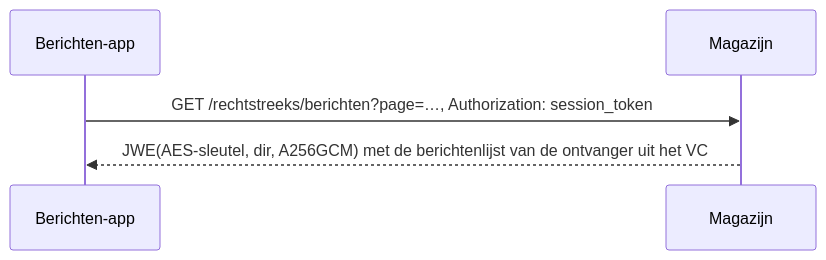
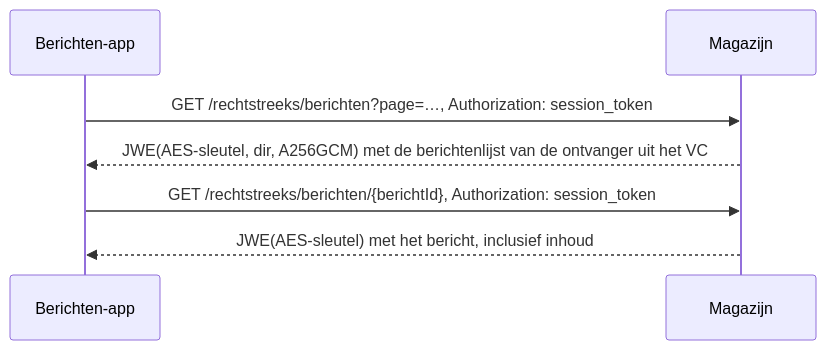
The third of 3 diagrams in docs/plans/2026-10-27-rechtstreeks-ophalen-design.md (MinBZK/moza-poc-fbs-berichtenbox), drawn with Mermaid before and after one commit. The commit also changed other lines of this file and 3 other files, not shown here.

````diff
--- a/docs/plans/2026-10-27-rechtstreeks-ophalen-design.md
+++ b/docs/plans/2026-10-27-rechtstreeks-ophalen-design.md
@@ -119,7 +131,9 @@
 ```mermaid
 sequenceDiagram
     participant App as Berichten-app
     participant M as Magazijn
     App->>M: GET /rechtstreeks/berichten?page=…, Authorization: session_token
     M-->>App: JWE(AES-sleutel, dir, A256GCM) met de berichtenlijst van de ontvanger uit het VC
+    App->>M: GET /rechtstreeks/berichten/{berichtId}, Authorization: session_token
+    M-->>App: JWE(AES-sleutel) met het bericht, inclusief inhoud
 ```
````
